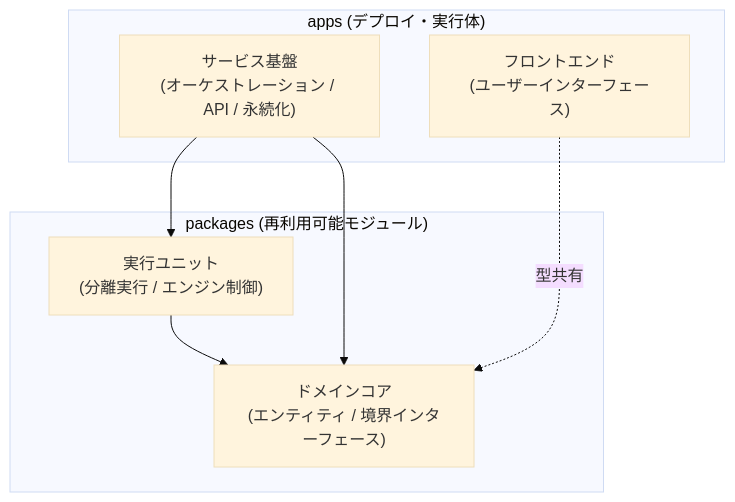
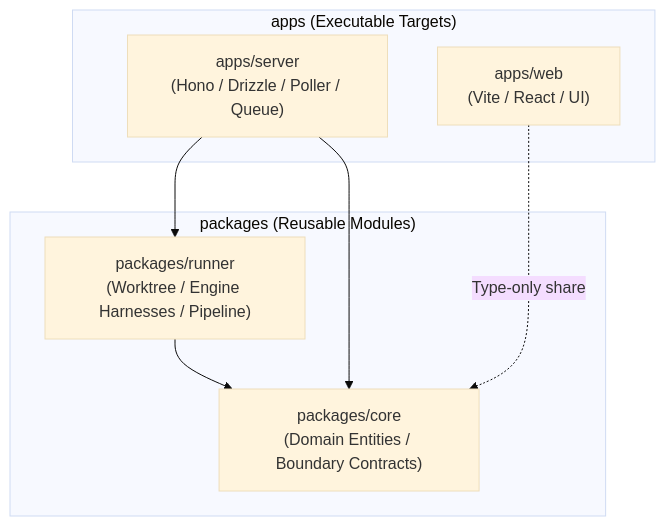
The first of 2 diagrams in docs/architecture.md (fuji44/kuramori), drawn with Mermaid (base theme) before and after one commit. The commit also changed other lines of this file and 10 other files, not shown here.

Commit message:
docs: overhaul documentation architecture into progressive disclosure in English

````diff
--- a/docs/architecture.md
+++ b/docs/architecture.md
@@ -22,17 +19,17 @@
 ```mermaid
 flowchart TD
-    subgraph AppsArea["apps (デプロイ・実行体)"]
-        ServerApp["サービス基盤<br>(オーケストレーション / API / 永続化)"]
-        WebApp["フロントエンド<br>(ユーザーインターフェース)"]
+    subgraph AppsArea["apps (Executable Targets)"]
+        ServerApp["apps/server<br>(Hono / Drizzle / Poller / Queue)"]
+        WebApp["apps/web<br>(Vite / React / UI)"]
     end
 
-    subgraph PackagesArea["packages (再利用可能モジュール)"]
-        RunnerPkg["実行ユニット<br>(分離実行 / エンジン制御)"]
-        CorePkg["ドメインコア<br>(エンティティ / 境界インターフェース)"]
+    subgraph PackagesArea["packages (Reusable Modules)"]
+        RunnerPkg["packages/runner<br>(Worktree / Engine Harnesses / Pipeline)"]
+        CorePkg["packages/core<br>(Domain Entities / Boundary Contracts)"]
     end
 
     ServerApp --> RunnerPkg
     ServerApp --> CorePkg
-    WebApp -.->|型共有| CorePkg
+    WebApp -.->|Type-only share| CorePkg
     RunnerPkg --> CorePkg
 ```
````
